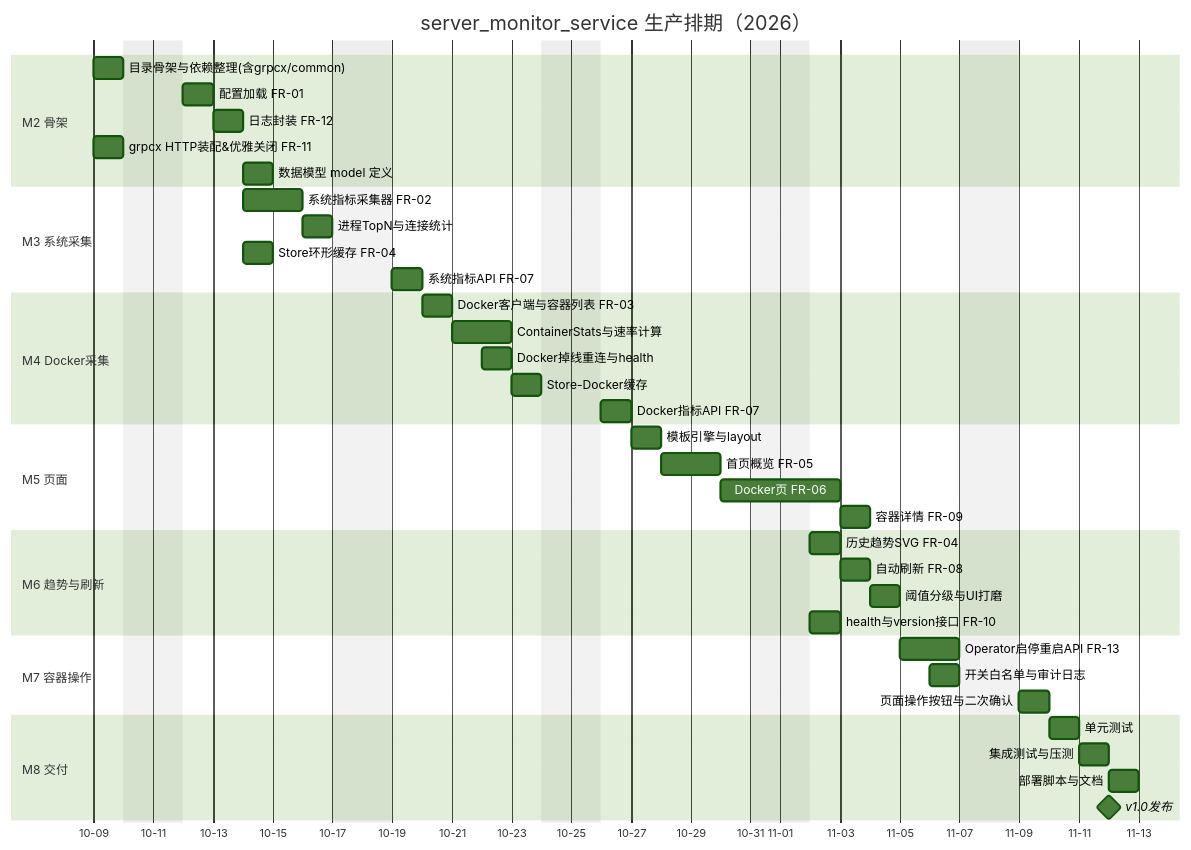
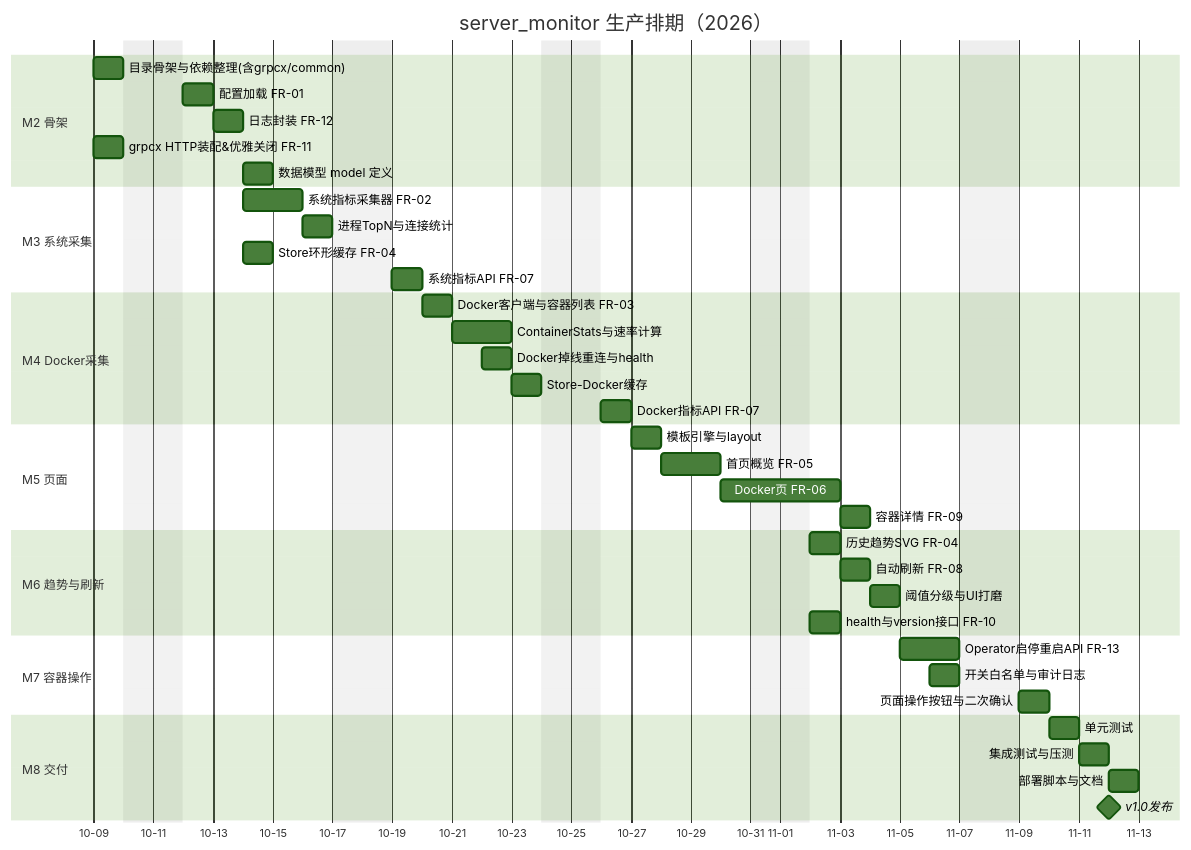
Before and after one commit to xm-utils/server-monitor: the diagram in docs/生产排期计划.md, drawn with Mermaid (forest theme). The commit also changed other lines of this file and 7 other files, not shown here.

Commit message:
chore: rename config directory from server_monitor_service to server_monitor

````diff
--- a/docs/生产排期计划.md
+++ b/docs/生产排期计划.md
@@ -38,50 +38,50 @@
 ```mermaid
 gantt
-    title server_monitor_service 生产排期（2026）
+    title server_monitor 生产排期（2026）
     dateFormat  YYYY-MM-DD
     axisFormat  %m-%d
     excludes    weekends
 
     section M2 骨架
     目录骨架与依赖整理(含grpcx/common)  :m2a, 2026-10-09, 1d
     配置加载 FR-01                     :m2b, after m2a, 1d
     日志封装 FR-12                     :m2c, after m2b, 0.5d
     grpcx HTTP装配&优雅关闭 FR-11      :m2d, 2026-10-09, 1d
     数据模型 model 定义                :m2e, after m2c, 0.5d
 
     section M3 系统采集
     系统指标采集器 FR-02               :m3a, 2026-10-14, 2d
     进程TopN与连接统计                 :m3b, after m3a, 1d
     Store环形缓存 FR-04                :m3c, 2026-10-14, 0.5d
     系统指标API FR-07                  :m3d, after m3b, 0.5d
 
     section M4 Docker采集
     Docker客户端与容器列表 FR-03       :m4a, 2026-10-20, 1d
     ContainerStats与速率计算           :m4b, after m4a, 2d
     Docker掉线重连与health             :m4c, 2026-10-22, 1d
     Store-Docker缓存                   :m4d, after m4b, 0.5d
     Docker指标API FR-07                :m4e, after m4d, 0.5d
 
     section M5 页面
     模板引擎与layout                   :m5a, 2026-10-27, 0.5d
     首页概览 FR-05                     :m5b, after m5a, 1.5d
     Docker页 FR-06                     :m5c, after m5b, 1.5d
     容器详情 FR-09                     :m5d, after m5c, 0.5d
 
     section M6 趋势与刷新
     历史趋势SVG FR-04                  :m6a, 2026-11-02, 1d
     自动刷新 FR-08                     :m6b, after m6a, 0.5d
     阈值分级与UI打磨                   :m6c, after m6b, 1d
     health与version接口 FR-10          :m6d, 2026-11-02, 0.5d
 
     section M7 容器操作
     Operator启停重启API FR-13          :m7a, 2026-11-05, 1.5d
     开关白名单与审计日志               :m7b, 2026-11-06, 0.5d
     页面操作按钮与二次确认             :m7c, after m7b, 1d
 
     section M8 交付
     单元测试                           :m8a, 2026-11-10, 1d
     集成测试与压测                     :m8b, after m8a, 1d
     部署脚本与文档                     :m8c, after m8b, 1d
     v1.0发布  :milestone, m8done, 2026-11-12, 0d
 ```
````
